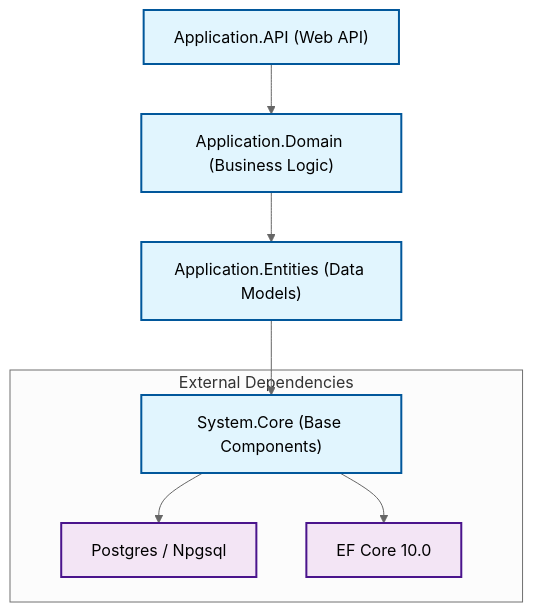
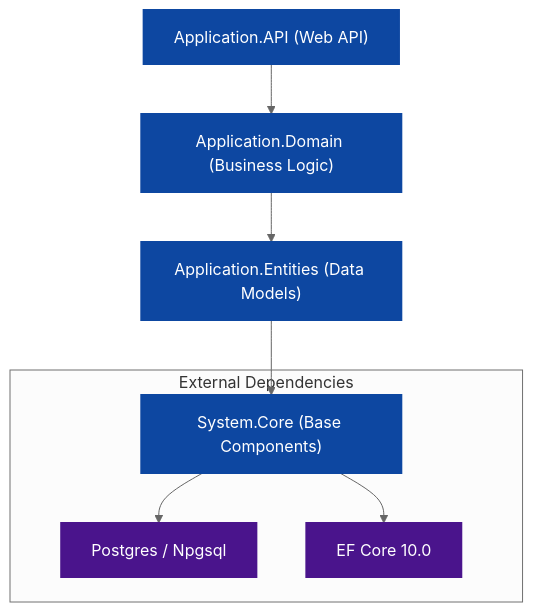
The diagram in README.md (nafis-sadik/DingTechTest), drawn with Mermaid (neutral theme) before and after one commit.

Commit message:
update graph color for better readability

````diff
--- a/README.md
+++ b/README.md
@@ -69,17 +69,17 @@
 ```mermaid
 graph TD
     API["Application.API (Web API)"] 
     API --> Domain["Application.Domain (Business Logic)"]
     Domain --> Entities["Application.Entities (Data Models)"]
     Entities --> Core["System.Core (Base Components)"]
     
     subgraph "External Dependencies"
         Core --> Postgres["Postgres / Npgsql"]
         Core --> EF["EF Core 10.0"]
     end
 
-    classDef primary fill:#e1f5fe,stroke:#01579b,stroke-width:2px;
-    classDef secondary fill:#f3e5f5,stroke:#4a148c,stroke-width:2px;
+    classDef primary fill:#0d47a1,stroke:#0d47a1,color:#fff,stroke-width:2px;
+    classDef secondary fill:#4a148c,stroke:#4a148c,color:#fff,stroke-width:2px;
     class API,Domain,Entities,Core primary;
     class Postgres,EF secondary;
 ```
````
